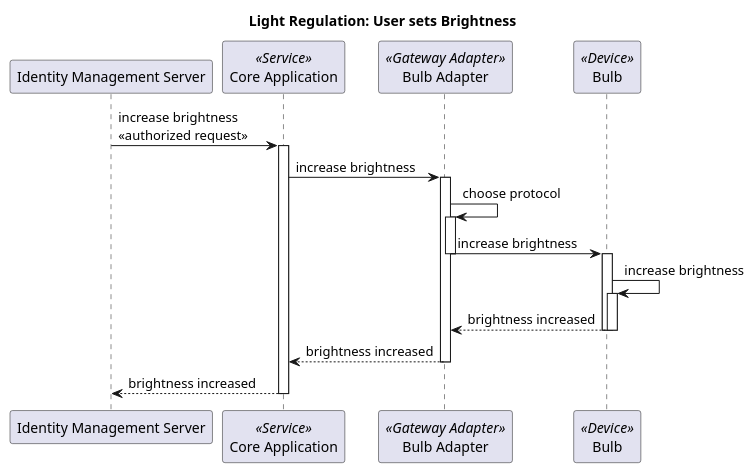
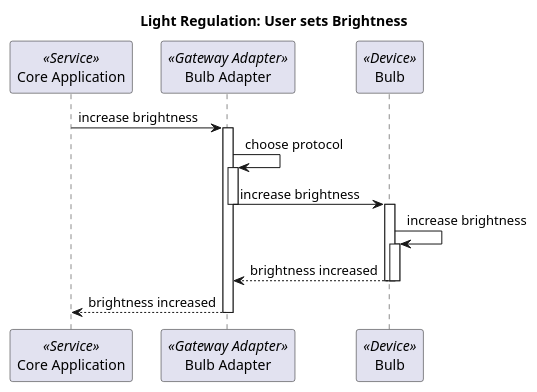
The diagram in Building_Maintenance/02_Light_Regulation/sequence.pu (HaaLeo/NSWI130-Software-System-Architectures), drawn with PlantUML before and after one commit. The commit also changed 1 other file, not shown here.

Commit message:
Adjusted sequence diagram

```diff
--- a/Building_Maintenance/02_Light_Regulation/sequence.pu
+++ b/Building_Maintenance/02_Light_Regulation/sequence.pu
@@ -1,28 +1,21 @@
 @startuml sequence
 title Light Regulation: User sets Brightness
-participant ims as "Identity Management Server"
 participant ca as "Core Application" <<Service>>
 participant ba as "Bulb Adapter" <<Gateway Adapter>>
 participant b as "Bulb" <<Device>>
-
-ims->ca: increase brightness\n<<authorized request>>
-activate ca
-
 
 ca -> ba: increase brightness
 activate ba
 ba -> ba: choose protocol
 activate ba
 ba -> b: increase brightness
 deactivate ba
 activate b
 b->b: increase brightness
 activate b
 b --> ba: brightness increased
 deactivate b
 deactivate b
 ba --> ca: brightness increased
 deactivate ba
-ca --> ims: brightness increased
-deactivate ca
 @enduml
```
